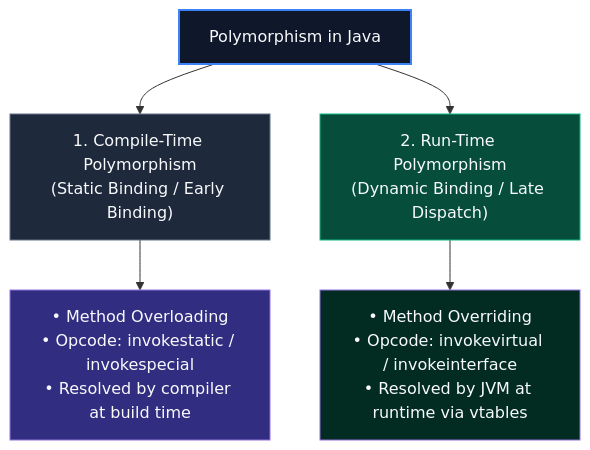
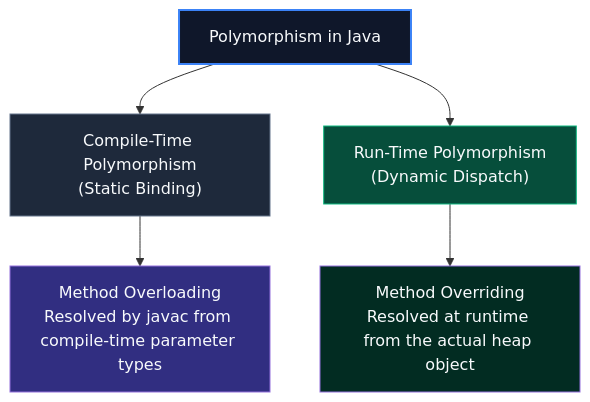
The first of 3 diagrams in content/roadmap/level-1/polymorphism.md (ravishankar2463/java_hub), drawn with Mermaid before and after one commit. The commit also changed other lines of this file and 119 other files, not shown here.

Commit message:
feat: add comprehensive java learning roadmap content across multiple levels

````diff
--- a/content/roadmap/level-1/polymorphism.md
+++ b/content/roadmap/level-1/polymorphism.md
@@ -35,14 +27,14 @@
 ```mermaid
 flowchart TD
-    Poly["Polymorphism in Java"] --> Static["1. Compile-Time Polymorphism<br/>(Static Binding / Early Binding)"]
-    Poly --> Dynamic["2. Run-Time Polymorphism<br/>(Dynamic Binding / Late Dispatch)"]
+    Poly["Polymorphism in Java"] --> Static["Compile-Time Polymorphism<br/>(Static Binding)"]
+    Poly --> Dynamic["Run-Time Polymorphism<br/>(Dynamic Dispatch)"]
 
-    Static --> S_Impl["• Method Overloading<br/>• Opcode: invokestatic / invokespecial<br/>• Resolved by compiler at build time"]
-    Dynamic --> D_Impl["• Method Overriding<br/>• Opcode: invokevirtual / invokeinterface<br/>• Resolved by JVM at runtime via vtables"]
+    Static --> S_Impl["Method Overloading<br/>Resolved by javac from compile-time parameter types"]
+    Dynamic --> D_Impl["Method Overriding<br/>Resolved at runtime from the actual heap object"]
 
     style Poly fill:#0f172a,stroke:#3b82f6,stroke-width:2px,color:#f8fafc
     style Static fill:#1e293b,stroke:#64748b,color:#f8fafc
     style Dynamic fill:#064e3b,stroke:#10b981,color:#f8fafc
     style S_Impl fill:#312e81,color:#f8fafc
     style D_Impl fill:#022c22,color:#f8fafc
 ```
````
